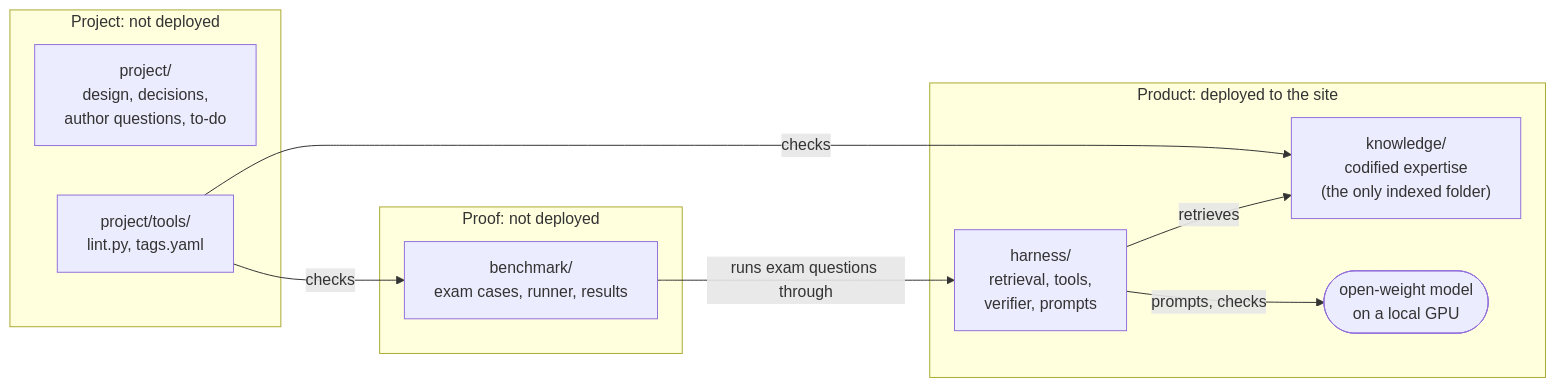
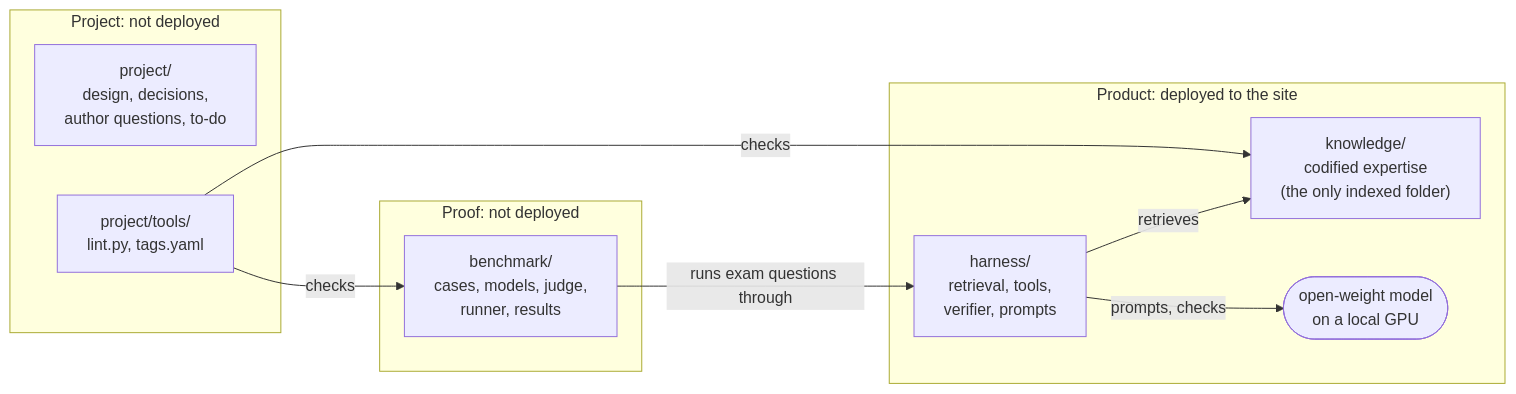
One commit to e1-rahabok/agent-e2 changed the diagram in README.md. Above: the diagram before and after it, drawn with Mermaid. The commit also changed other lines of this file and 16 other files, not shown here.

````diff
--- a/README.md
+++ b/README.md
@@ -29,20 +29,20 @@
 ```mermaid
 flowchart LR
   subgraph Product["Product: deployed to the site"]
     K["knowledge/<br/>codified expertise<br/>(the only indexed folder)"]
     H["harness/<br/>retrieval, tools,<br/>verifier, prompts"]
     M(["open-weight model<br/>on a local GPU"])
     H -->|retrieves| K
     H -->|prompts, checks| M
   end
   subgraph Proof["Proof: not deployed"]
-    B["benchmark/<br/>exam cases, runner, results"]
+    B["benchmark/<br/>cases, models, judge,<br/>runner, results"]
   end
   subgraph Project["Project: not deployed"]
     P["project/<br/>design, decisions,<br/>author questions, to-do"]
     T["project/tools/<br/>lint.py, tags.yaml"]
   end
   B -->|runs exam questions through| H
   T -->|checks| K
   T -->|checks| B
 ```
````
